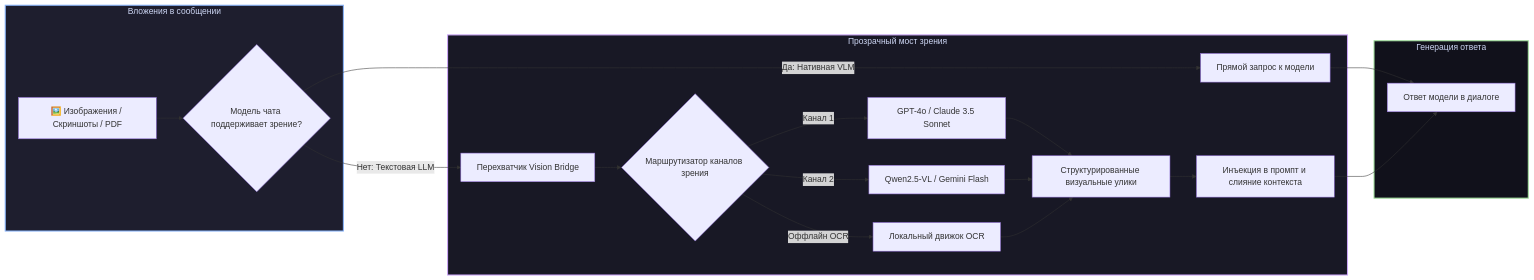
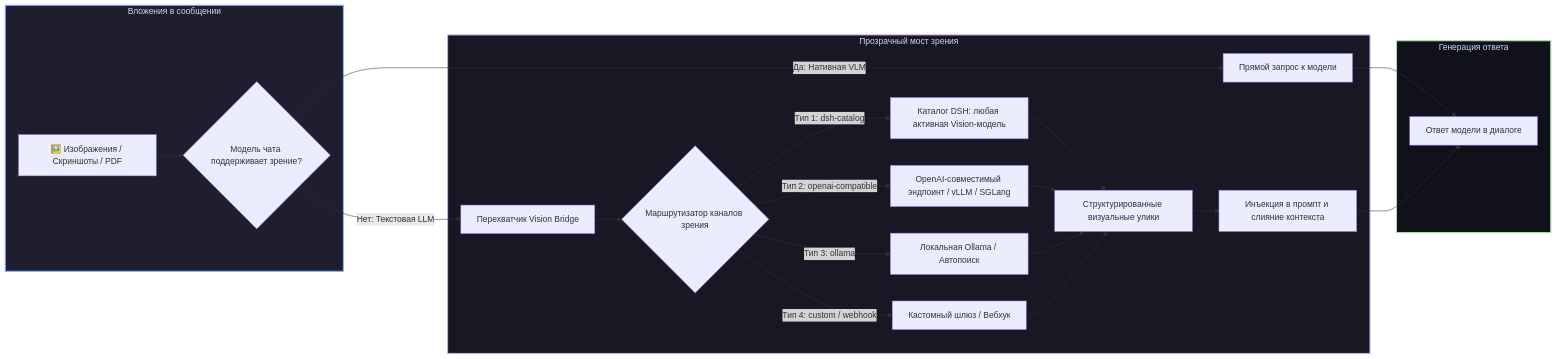
Before and after one commit to GooDAnDReaDY/dsh-vision-bridge: the diagram in README.ru.md, drawn with Mermaid. The commit also changed other lines of this file and 2 other files, not shown here.

Commit message:
docs: correct dsh-vision-bridge channels architecture to reflect dynamic 5 channel types and autoLocalOllama

````diff
--- a/README.ru.md
+++ b/README.ru.md
@@ -32,28 +32,30 @@
 ```mermaid
 graph LR
     subgraph Input [Вложения в сообщении]
         Attach[🖼️ Изображения / Скриншоты / PDF] --> Check{Модель чата поддерживает зрение?}
     end
 
     subgraph Transparent [Прозрачный мост зрения]
         Check -->|Да: Нативная VLM| Pass[Прямой запрос к модели]
         Check -->|Нет: Текстовая LLM| Interceptor[Перехватчик Vision Bridge]
         Interceptor --> VisionRouter{Маршрутизатор каналов зрения}
-        VisionRouter -->|Канал 1| V1[GPT-4o / Claude 3.5 Sonnet]
-        VisionRouter -->|Канал 2| V2[Qwen2.5-VL / Gemini Flash]
-        VisionRouter -->|Оффлайн OCR| V3[Локальный движок OCR]
-        V1 --> Structured[Структурированные визуальные улики]
-        V2 --> Structured
-        V3 --> Structured
+        VisionRouter -->|Тип 1: dsh-catalog| C1[Каталог DSH: любая активная Vision-модель]
+        VisionRouter -->|Тип 2: openai-compatible| C2[OpenAI-совместимый эндпоинт / vLLM / SGLang]
+        VisionRouter -->|Тип 3: ollama| C3[Локальная Ollama / Автопоиск]
+        VisionRouter -->|Тип 4: custom / webhook| C4[Кастомный шлюз / Вебхук]
+        C1 --> Structured[Структурированные визуальные улики]
+        C2 --> Structured
+        C3 --> Structured
+        C4 --> Structured
         Structured --> Fuse[Инъекция в промпт и слияние контекста]
     end
 
     subgraph Execution [Генерация ответа]
         Pass --> LLM[Ответ модели в диалоге]
         Fuse --> LLM
     end
 
     style Input fill:#1e1e2e,stroke:#89b4fa,stroke-width:2px,color:#cdd6f4
     style Transparent fill:#181825,stroke:#cba6f7,stroke-width:2px,color:#cdd6f4
     style Execution fill:#11111b,stroke:#a6e3a1,stroke-width:2px,color:#cdd6f4
 ```
````
